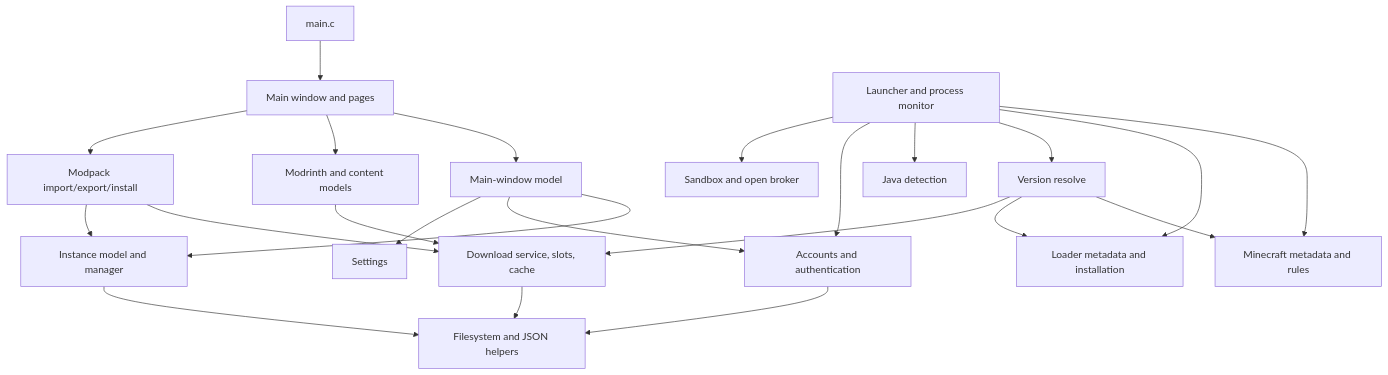
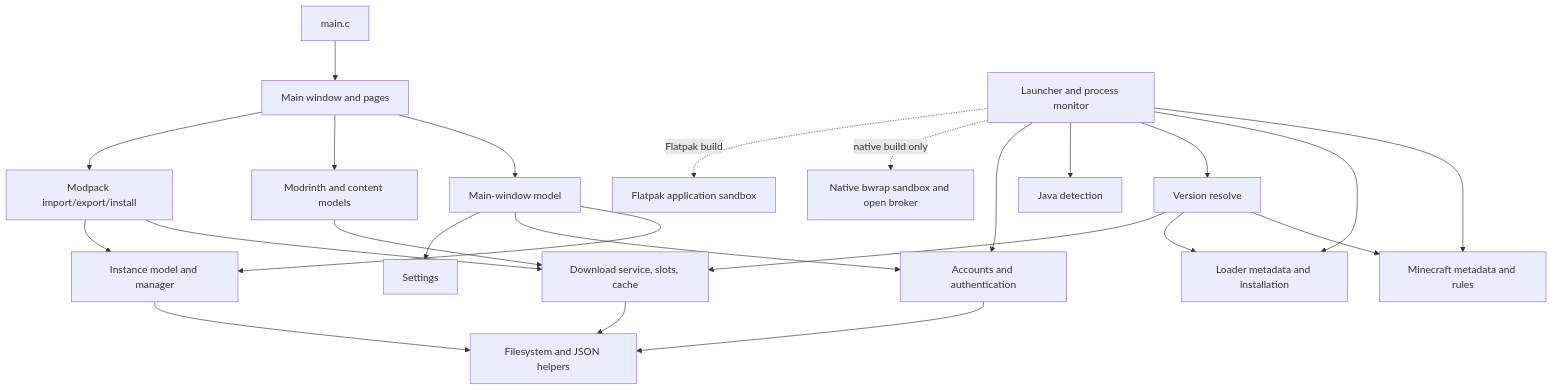
One commit to NuvashaLauncher/NuvashaLauncher changed the second of 3 diagrams in docs/architecture.md. Above: the diagram before and after it, drawn with Mermaid. The commit also changed other lines of this file and 4 other files, not shown here.

````diff
--- a/docs/architecture.md
+++ b/docs/architecture.md
@@ -80,42 +86,44 @@
 ```mermaid
 flowchart TD
     Main[main.c]
     Window[Main window and pages]
     Model[Main-window model]
     Instances[Instance model and manager]
     Accounts[Accounts and authentication]
     Settings[Settings]
     Content[Modrinth and content models]
     Packs[Modpack import/export/install]
     Versions[Minecraft metadata and rules]
     Loaders[Loader metadata and installation]
     Resolve[Version resolve]
     Downloads[Download service, slots, cache]
     Launch[Launcher and process monitor]
     Java[Java detection]
-    Sandbox[Sandbox and open broker]
+    Sandbox[Native bwrap sandbox and open broker]
+    Flatpak[Flatpak application sandbox]
     FS[Filesystem and JSON helpers]
 
     Main --> Window
     Window --> Model
     Model --> Instances
     Model --> Accounts
     Model --> Settings
     Window --> Content
     Window --> Packs
     Content --> Downloads
     Packs --> Downloads
     Packs --> Instances
     Launch --> Versions
     Launch --> Loaders
     Launch --> Resolve
     Launch --> Java
     Launch --> Accounts
     Resolve --> Versions
     Resolve --> Loaders
     Resolve --> Downloads
-    Launch --> Sandbox
+    Launch -. native build only .-> Sandbox
+    Launch -. Flatpak build .-> Flatpak
     Instances --> FS
     Accounts --> FS
     Downloads --> FS
 ```
````
